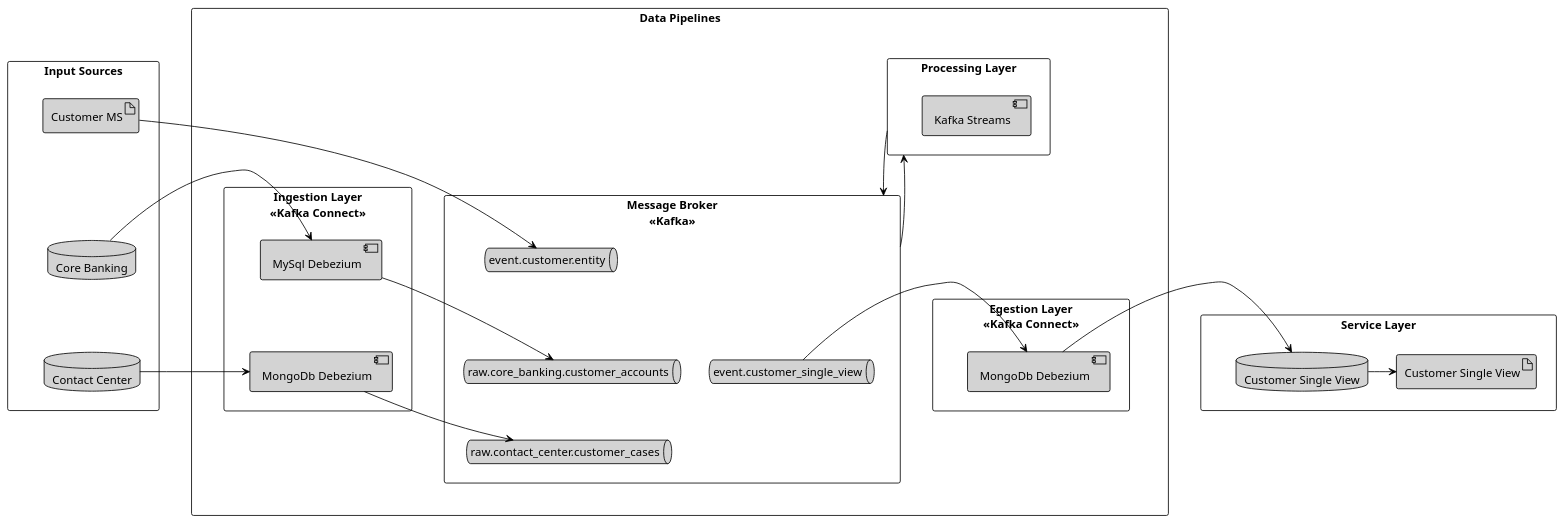
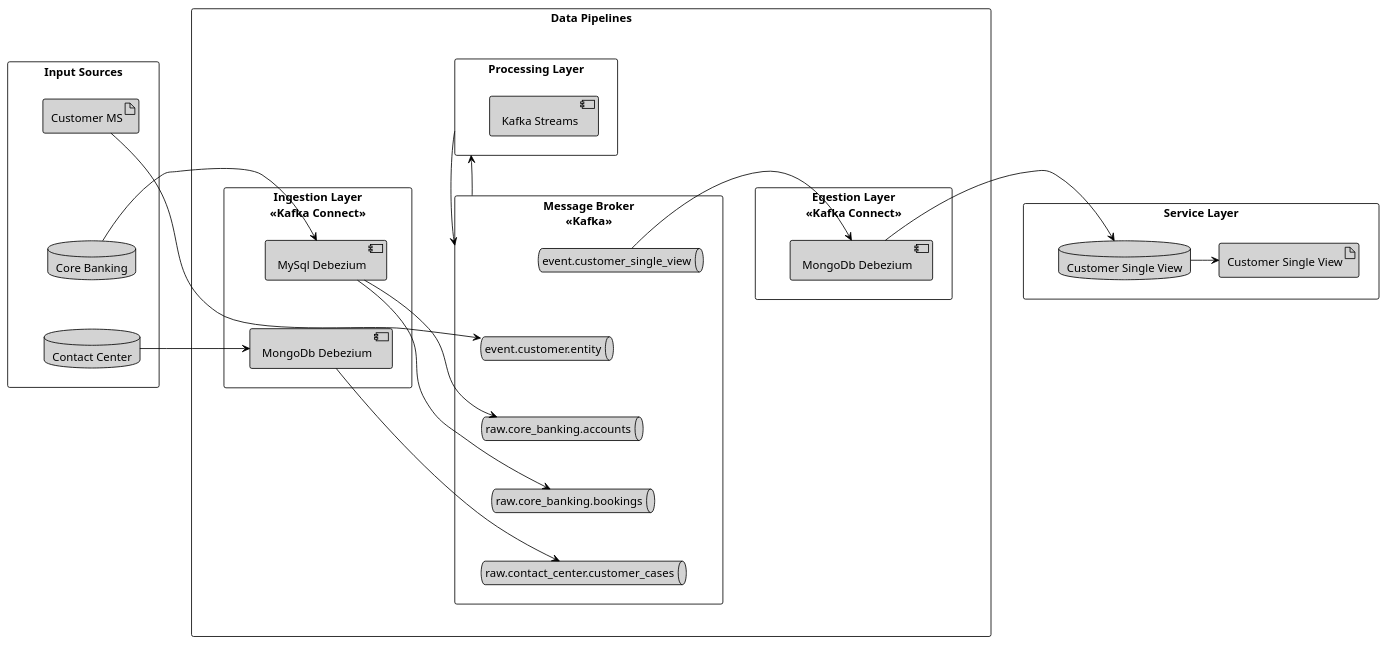
The diagram in doc/system-design.puml (scalvetr/costomer-single-view), drawn with PlantUML before and after one commit. The commit also changed 6 other files, not shown here.

```diff
--- a/doc/system-design.puml
+++ b/doc/system-design.puml
@@ -1,93 +1,99 @@
 @startuml
 'https://plantuml.com/deployment-diagram
 ''!theme aws-orange
 
 <style>
 componentDiagram {
   BackGroundColor white
   LineThickness 1
   LineColor black
 }
 database {
     BackGroundColor: lightgrey;
 }
 artifact {
     BackGroundColor: lightgrey;
 }
 component {
     BackGroundColor: lightgrey;
 }
 queue {
     BackGroundColor: lightgrey;
 }
 </style>
 
 rectangle "Input Sources" as inputs {
     artifact "Customer MS" as ms_customer
     database "Core Banking" as db_core_banking
     database "Contact Center" as db_contact_center
 }
 
 rectangle "Data Pipelines" as pipelines {
     rectangle "Ingestion Layer\n<<Kafka Connect>>" as ingestion_layer {
        component "MySql Debezium" as ingest_mysql_debezium
        component "MongoDb Debezium" as ingest_mongodb_debezium
     }
     rectangle "Message Broker\n<<Kafka>>" as message_broker {
         queue "event.customer.entity" as topic_customer_entity
-        queue "raw.core_banking.customer_accounts" as topic_core_banking_customer_accounts
+        queue "raw.core_banking.bookings" as topic_core_banking_bookings
+        queue "raw.core_banking.accounts" as topic_core_banking_accounts
         queue "raw.contact_center.customer_cases" as topic_contact_center_customer_cases
         queue "event.customer_single_view" as topic_customer_single_view
        }
 
     rectangle "Processing Layer" as processing_layer {
         component "Kafka Streams"
     }
 
     rectangle "Egestion Layer\n<<Kafka Connect>>" as egestion_layer {
        component "MongoDb Debezium" as egest_mongodb_debezium
     }
 
 }
 
 rectangle "Service Layer" as service_layer {
     artifact "Customer Single View" as ms_customer_single_view
     database "Customer Single View" as db_customer_single_view
 }
 
 inputs -[hidden]r-> pipelines
 pipelines -[hidden]r-> service_layer
 
 ingestion_layer -[hidden]r-> message_broker
 message_broker -[hidden]r-> egestion_layer
 
 
 ingestion_layer -[hidden]u-> processing_layer
 message_broker -u-> processing_layer
 egestion_layer -[hidden]u-> processing_layer
 
 processing_layer -> message_broker
 
-topic_customer_entity -[hidden]d-> topic_core_banking_customer_accounts
-topic_core_banking_customer_accounts -[hidden]d-> topic_contact_center_customer_cases
-topic_customer_single_view -[hidden]l-> topic_core_banking_customer_accounts
+topic_customer_entity -[hidden]d-> topic_core_banking_accounts
+topic_core_banking_accounts -[hidden]d-> topic_core_banking_bookings
+topic_core_banking_bookings -[hidden]d-> topic_contact_center_customer_cases
+topic_customer_single_view -[hidden]d-> topic_customer_entity
+topic_customer_single_view -[hidden]d-> topic_core_banking_bookings
+topic_customer_single_view -[hidden]d-> topic_contact_center_customer_cases
+topic_customer_single_view -[hidden]d-> topic_core_banking_accounts
 
 ms_customer -[hidden]d-> db_core_banking
 db_core_banking -[hidden]d-> db_contact_center
 
 ingest_mysql_debezium -[hidden]d-> ingest_mongodb_debezium
 
 db_core_banking -r-> ingest_mysql_debezium
 db_contact_center -r-> ingest_mongodb_debezium
 
 ms_customer -r-> topic_customer_entity
-ingest_mysql_debezium -r-> topic_core_banking_customer_accounts
+ingest_mysql_debezium -r-> topic_core_banking_accounts
+ingest_mysql_debezium -r-> topic_core_banking_bookings
 ingest_mongodb_debezium -r-> topic_contact_center_customer_cases
 
 egest_mongodb_debezium -r-> db_customer_single_view
 topic_customer_single_view -r-> egest_mongodb_debezium
 
 db_customer_single_view -r-> ms_customer_single_view
 
 
 @enduml
```
